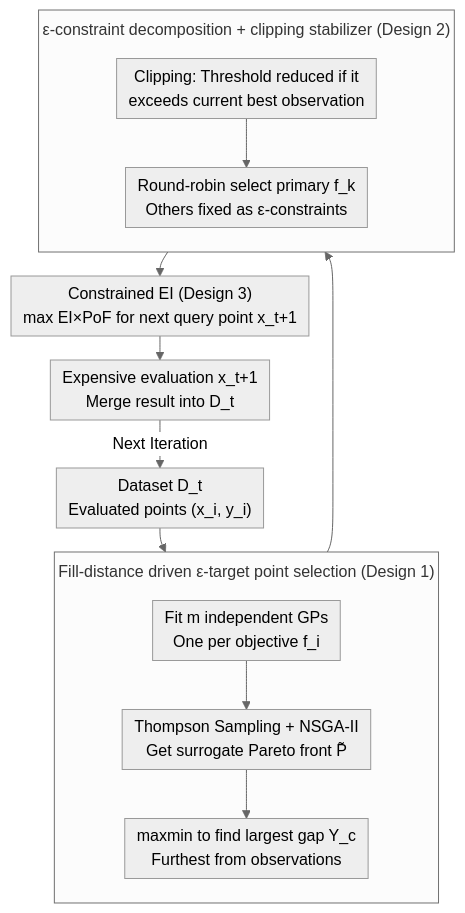
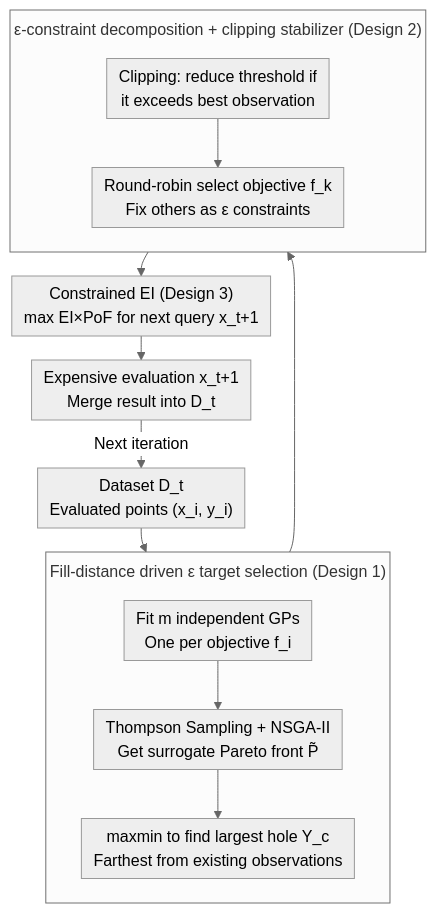
One commit to zhaoyang97/Paper-Notes-en changed the diagram in docs/ICML2026/optimization/multi-objective_bayesian_optimization_via_adaptive_varepsilon-constraints_decomp.md. Above: the diagram before and after it, drawn with Mermaid (neutral theme). The commit also changed other lines of this file and 5084 other files, not shown here.

````diff
--- a/docs/ICML2026/optimization/multi-objective_bayesian_optimization_via_adaptive_varepsilon-constraints_decomp.md
+++ b/docs/ICML2026/optimization/multi-objective_bayesian_optimization_via_adaptive_varepsilon-constraints_decomp.md
@@ -50,18 +50,18 @@
 ```mermaid
 %%{init: {'flowchart': {'rankSpacing': 24, 'nodeSpacing': 28, 'padding': 6, 'wrappingWidth': 400, 'subGraphTitleMargin': {'top': 8, 'bottom': 16}}}}%%
 flowchart TD
     IN["Dataset D_t<br/>Evaluated points (x_i, y_i)"] --> GP["Fit m independent GPs<br/>One per objective f_i"]
-    subgraph D1["Fill-distance driven ε-target point selection (Design 1)"]
+    subgraph D1["Fill-distance driven ε target selection (Design 1)"]
         direction TB
         GP --> TS["Thompson Sampling + NSGA-II<br/>Get surrogate Pareto front P̃"]
-        TS --> YC["maxmin to find largest gap Y_c<br/>Furthest from observations"]
+        TS --> YC["maxmin to find largest hole Y_c<br/>Farthest from existing observations"]
     end
     subgraph D2["ε-constraint decomposition + clipping stabilizer (Design 2)"]
         direction TB
-        YC --> CLIP["Clipping: Threshold reduced if it<br/>exceeds current best observation"]
-        CLIP --> EPS["Round-robin select primary f_k<br/>Others fixed as ε-constraints"]
+        YC --> CLIP["Clipping: reduce threshold if<br/>it exceeds best observation"]
+        CLIP --> EPS["Round-robin select objective f_k<br/>Fix others as ε constraints"]
     end
-    EPS --> CEI["Constrained EI (Design 3)<br/>max EI×PoF for next query point x_t+1"]
+    EPS --> CEI["Constrained EI (Design 3)<br/>max EI×PoF for next query x_t+1"]
     CEI --> EVAL["Expensive evaluation x_t+1<br/>Merge result into D_t"]
-    EVAL -->|Next Iteration| IN
+    EVAL -->|Next iteration| IN
 ```
````
